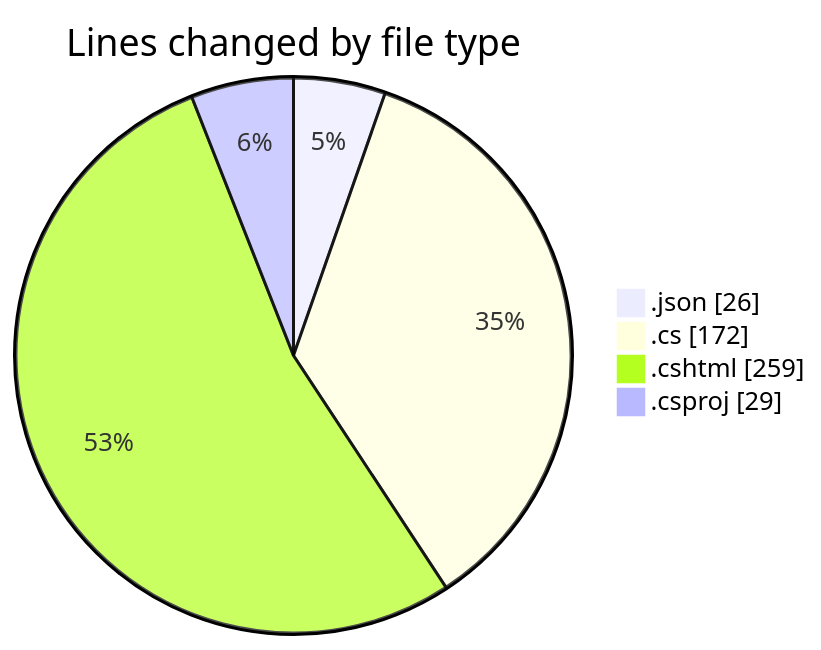
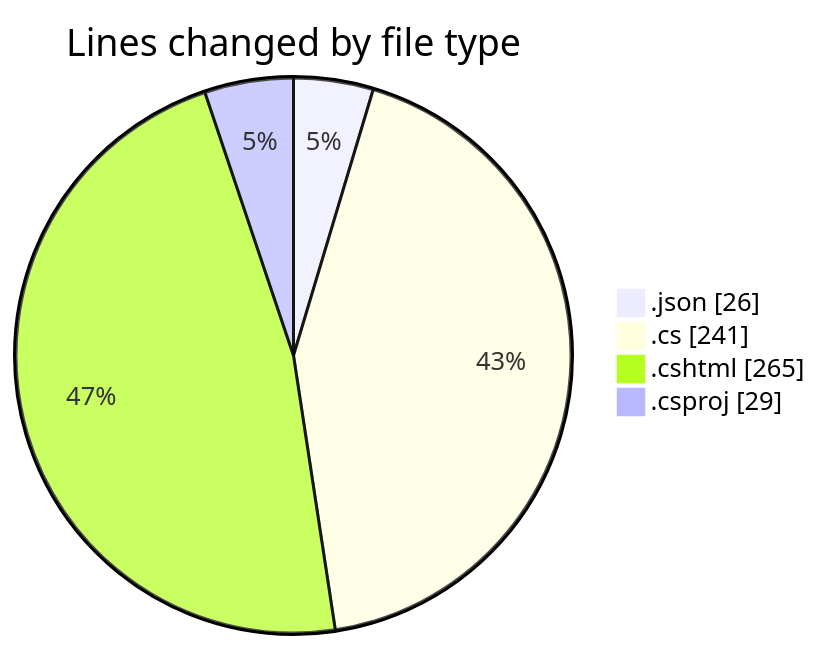
Before and after one commit to lephambinh05/code-tracking: the first of 2 diagrams in 2025-07-19/nhahang/README.md, drawn with Mermaid. The commit also changed other lines of this file and 1 other file, not shown here.

````diff
--- a/2025-07-19/nhahang/README.md
+++ b/2025-07-19/nhahang/README.md
@@ -30,8 +30,8 @@
 ```mermaid
 pie showData
 title Lines changed by file type
 ".json" : 26
-".cs" : 172
-".cshtml" : 259
+".cs" : 241
+".cshtml" : 265
 ".csproj" : 29
 ```
````
